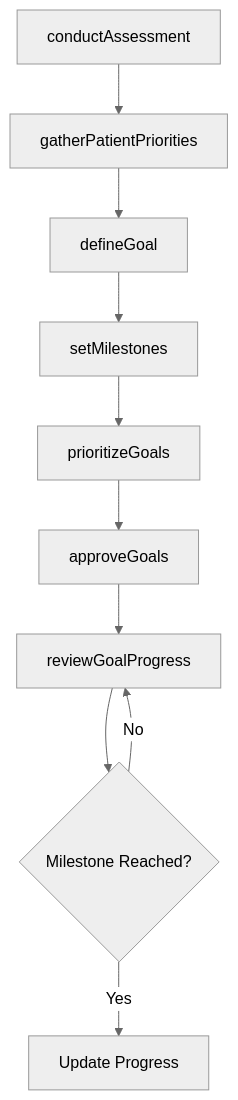
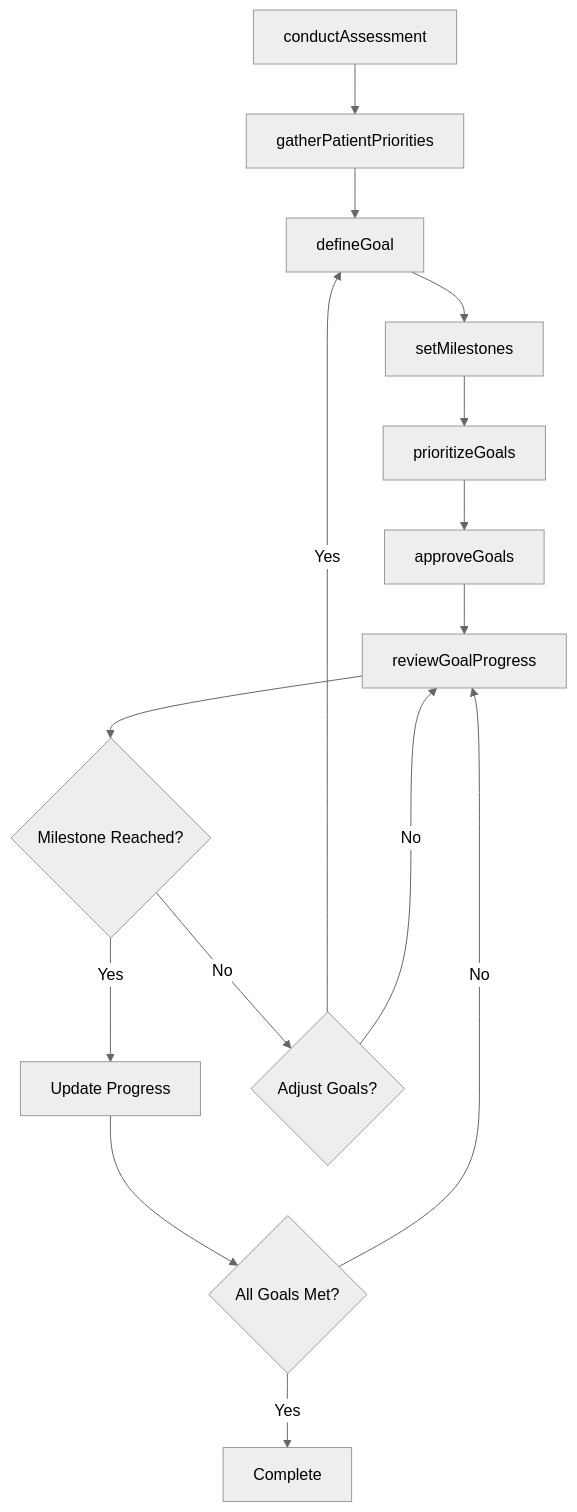
Before and after one commit to dot-org-ai/tasks.org.ai: the third of 4 diagrams in ThinkingCreatively/DevelopPatientOrClientCareOrTreatmentPlans/EstablishTreatmentGoals.mdx, drawn with Mermaid (neutral theme). The commit also changed other lines of this file and 504 other files, not shown here.

First line of the commit message:
feat: Add ER diagrams, state diagrams, and workflow improvements to 96 DWA task files

````diff
--- a/ThinkingCreatively/DevelopPatientOrClientCareOrTreatmentPlans/EstablishTreatmentGoals.mdx
+++ b/ThinkingCreatively/DevelopPatientOrClientCareOrTreatmentPlans/EstablishTreatmentGoals.mdx
@@ -85,12 +114,17 @@
 ```mermaid
 graph TD
     A[conductAssessment] --> B[gatherPatientPriorities]
     B --> C[defineGoal]
     C --> D[setMilestones]
     D --> E[prioritizeGoals]
     E --> F[approveGoals]
     F --> G[reviewGoalProgress]
     G --> H{Milestone Reached?}
     H -->|Yes| I[Update Progress]
-    H -->|No| G
+    I --> J{All Goals Met?}
+    J -->|No| G
+    J -->|Yes| K[Complete]
+    H -->|No| L{Adjust Goals?}
+    L -->|Yes| C
+    L -->|No| G
 ```
````
